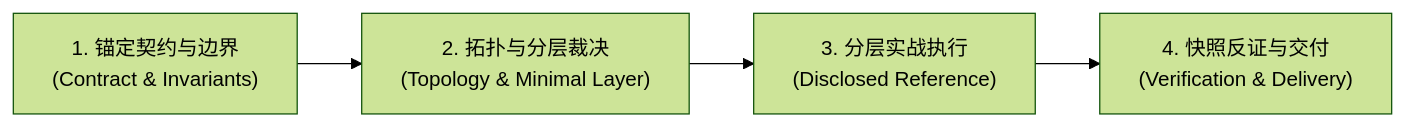
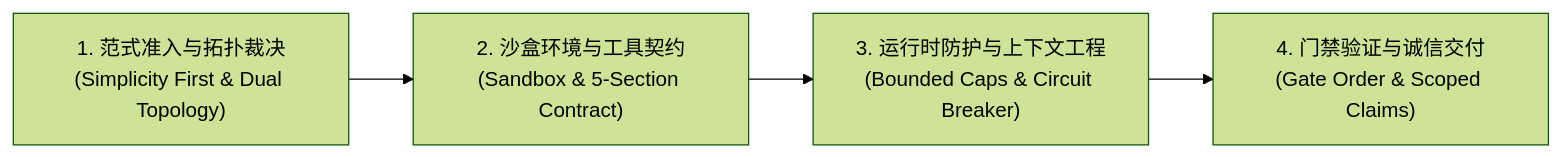
Before and after one commit to SweetRetry/retry-kit: the diagram in engineering/agent-engineering/SKILL.md, drawn with Mermaid (forest theme). The commit also changed other lines of this file and 14 other files, not shown here.

````diff
--- a/engineering/agent-engineering/SKILL.md
+++ b/engineering/agent-engineering/SKILL.md
@@ -30,6 +33,6 @@
 ```mermaid
 flowchart LR
-    Step1["1. 锚定契约与边界<br/>(Contract & Invariants)"] --> Step2["2. 拓扑与分层裁决<br/>(Topology & Minimal Layer)"]
-    Step2 --> Step3["3. 分层实战执行<br/>(Disclosed Reference)"]
-    Step3 --> Step4["4. 快照反证与交付<br/>(Verification & Delivery)"]
+    Step1["1. 范式准入与拓扑裁决<br/>(Simplicity First & Dual Topology)"] --> Step2["2. 沙盒环境与工具契约<br/>(Sandbox & 5-Section Contract)"]
+    Step2 --> Step3["3. 运行时防护与上下文工程<br/>(Bounded Caps & Circuit Breaker)"]
+    Step3 --> Step4["4. 门禁验证与诚信交付<br/>(Gate Order & Scoped Claims)"]
 ```
````
